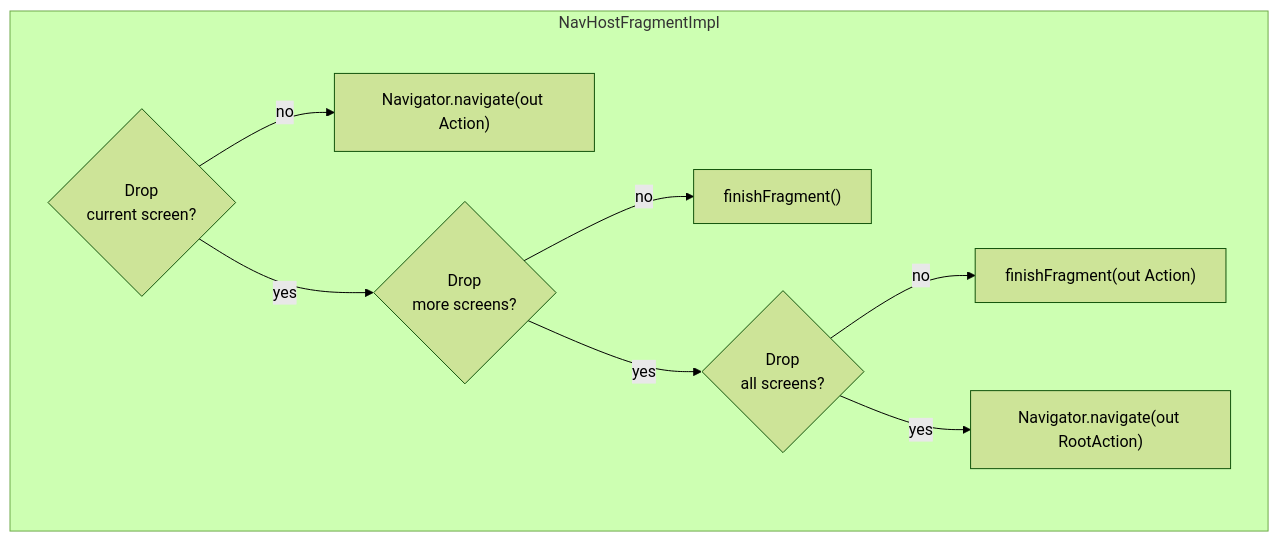
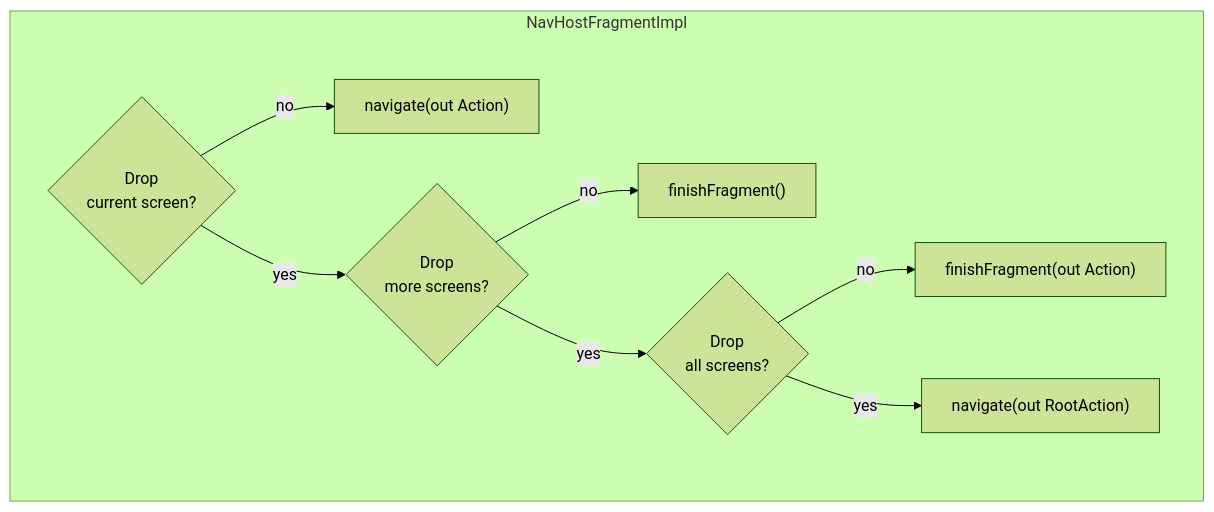
Before and after one commit to zayo/steam-thresher: the fourth of 4 diagrams in README.md, drawn with Mermaid (forest theme). The commit also changed other lines of this file, not shown here.

Commit message:
Tiny adjustments

````diff
--- a/README.md
+++ b/README.md
@@ -309,18 +309,18 @@
 ```mermaid
 flowchart TD
     subgraph NavHostFragmentImpl
         QC{Drop\ncurrent screen?};
         QM{Drop\nmore screens?};
         QA{Drop\nall screens?};
-        N["Navigator.navigate(out Action)"];
-        NR["Navigator.navigate(out RootAction)"];
+        N["navigate(out Action)"];
+        NR["navigate(out RootAction)"];
         F["finishFragment(out Action)"];
         FE["finishFragment()"];
         QC --"no"--> N
         QC --"yes"--> QM
         QM --"no"--> FE
         QM --"yes"--> QA
         QA --"no"--> F
         QA --"yes"--> NR
     end
 ```
````
